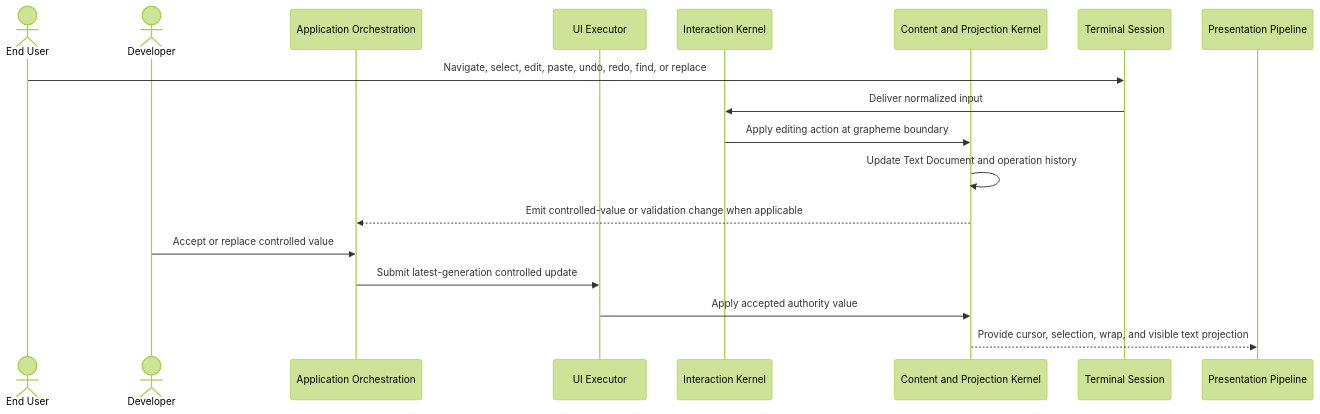
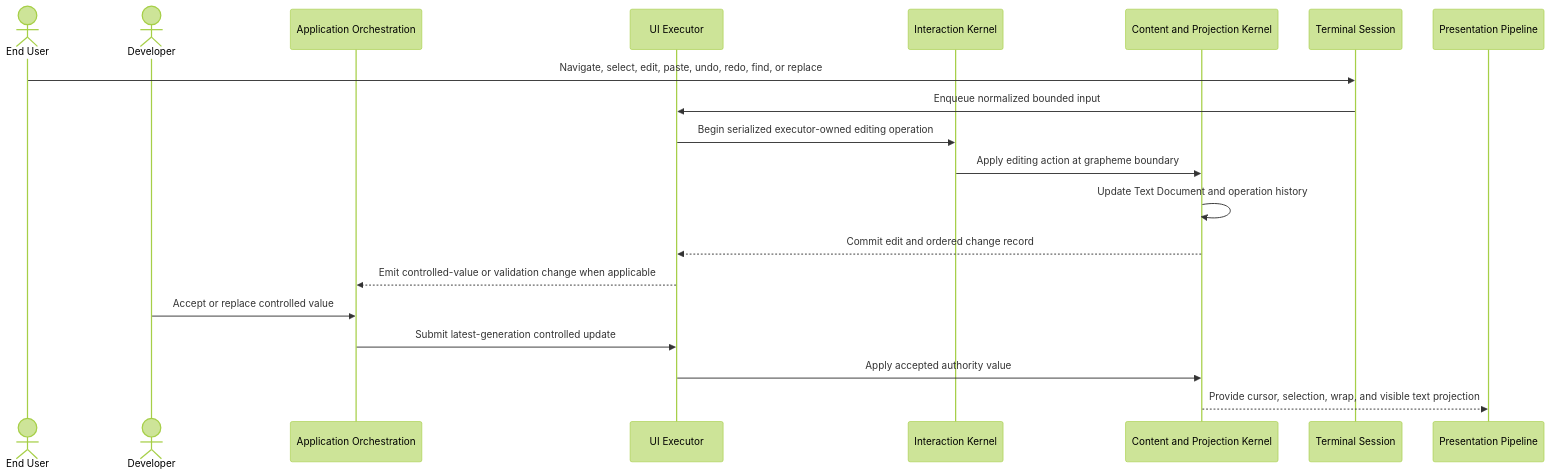
One commit to Tuvren/tuvren-tui changed the diagram in .constitution/architecture/flows/text-editing.md. Above: the diagram before and after it, drawn with Mermaid (forest theme). The commit also changed other lines of this file and 6 other files, not shown here.

First line of the commit message:
docs: serialize editing and collection input flows

````diff
--- a/.constitution/architecture/flows/text-editing.md
+++ b/.constitution/architecture/flows/text-editing.md
@@ -9,21 +9,23 @@
 ```mermaid
 sequenceDiagram
     actor EU as End User
     actor Dev as Developer
     participant Orch as Application Orchestration
     participant Exec as UI Executor
     participant Interact as Interaction Kernel
     participant Content as Content and Projection Kernel
     participant Session as Terminal Session
     participant Present as Presentation Pipeline
 
     EU->>Session: Navigate, select, edit, paste, undo, redo, find, or replace
-    Session->>Interact: Deliver normalized input
+    Session->>Exec: Enqueue normalized bounded input
+    Exec->>Interact: Begin serialized executor-owned editing operation
     Interact->>Content: Apply editing action at grapheme boundary
     Content->>Content: Update Text Document and operation history
-    Content-->>Orch: Emit controlled-value or validation change when applicable
+    Content-->>Exec: Commit edit and ordered change record
+    Exec-->>Orch: Emit controlled-value or validation change when applicable
     Dev->>Orch: Accept or replace controlled value
     Orch->>Exec: Submit latest-generation controlled update
     Exec->>Content: Apply accepted authority value
     Content-->>Present: Provide cursor, selection, wrap, and visible text projection
 ```
````
